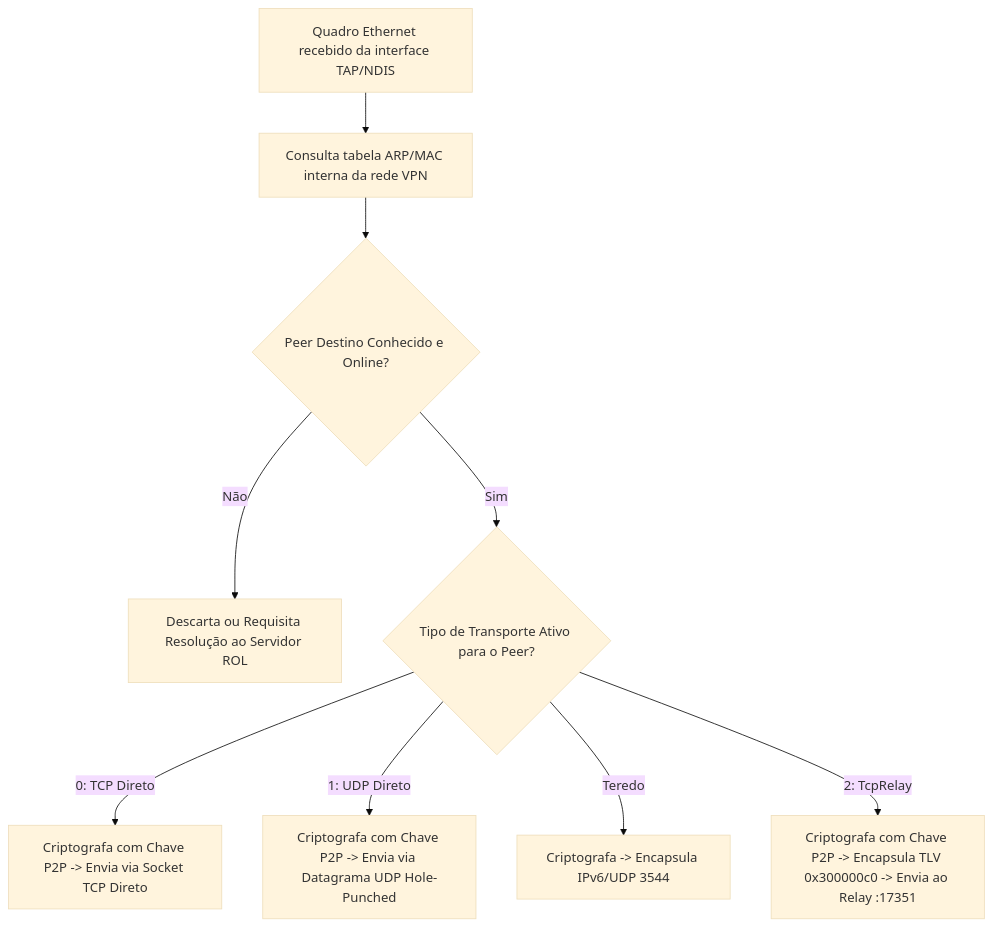
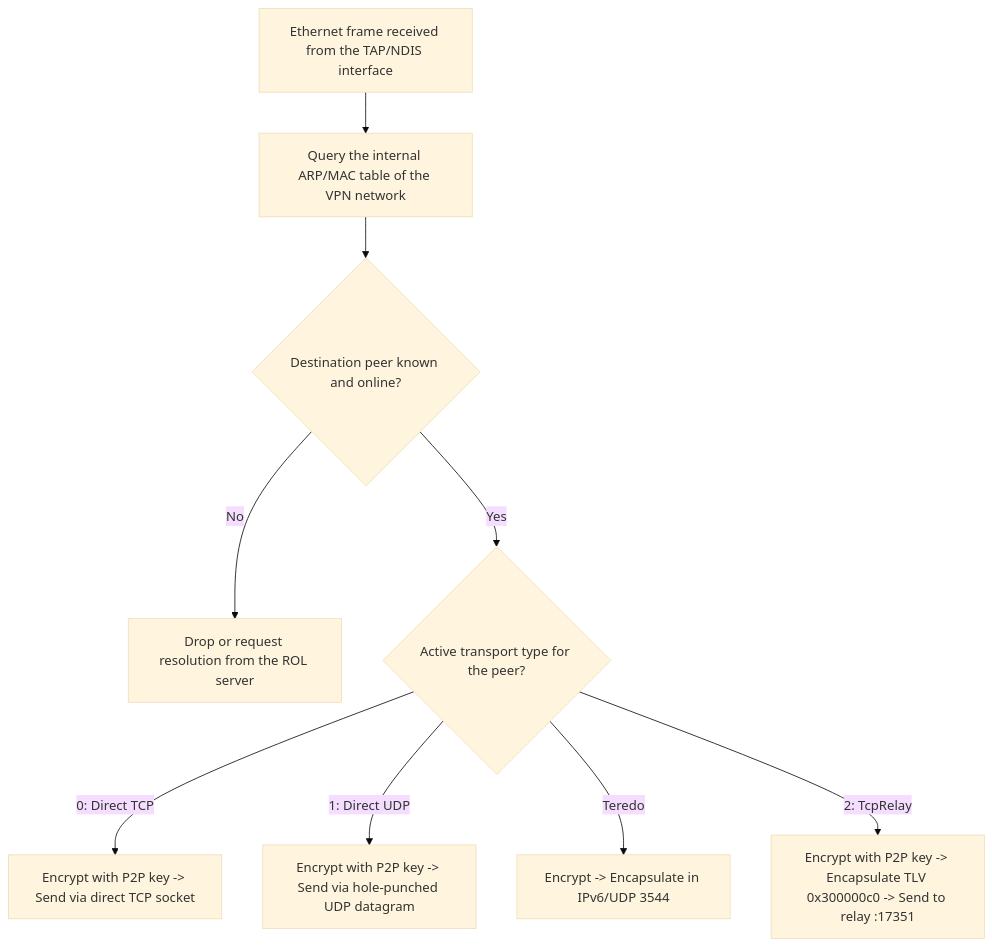
One commit to Pedrodroks34/radmin-vpn-linux-rs changed the third of 3 diagrams in docs/reverse-engineering/round-02/10-architecture.md. Above: the diagram before and after it, drawn with Mermaid (base theme). The commit also changed other lines of this file and 38 other files, not shown here.

````diff
--- a/docs/reverse-engineering/round-02/10-architecture.md
+++ b/docs/reverse-engineering/round-02/10-architecture.md
@@ -89,11 +89,11 @@
 ```mermaid
 flowchart TD
-    A["Quadro Ethernet recebido da interface TAP/NDIS"] --> B["Consulta tabela ARP/MAC interna da rede VPN"]
-    B --> C{"Peer Destino Conhecido e Online?"}
-    C -- Não --> D["Descarta ou Requisita Resolução ao Servidor ROL"]
-    C -- Sim --> E{"Tipo de Transporte Ativo para o Peer?"}
-    E -- 0: TCP Direto --> F["Criptografa com Chave P2P -> Envia via Socket TCP Direto"]
-    E -- 1: UDP Direto --> G["Criptografa com Chave P2P -> Envia via Datagrama UDP Hole-Punched"]
-    E -- Teredo --> H["Criptografa -> Encapsula IPv6/UDP 3544"]
-    E -- 2: TcpRelay --> I["Criptografa com Chave P2P -> Encapsula TLV 0x300000c0 -> Envia ao Relay :17351"]
+    A["Ethernet frame received from the TAP/NDIS interface"] --> B["Query the internal ARP/MAC table of the VPN network"]
+    B --> C{"Destination peer known and online?"}
+    C -- No --> D["Drop or request resolution from the ROL server"]
+    C -- Yes --> E{"Active transport type for the peer?"}
+    E -- 0: Direct TCP --> F["Encrypt with P2P key -> Send via direct TCP socket"]
+    E -- 1: Direct UDP --> G["Encrypt with P2P key -> Send via hole-punched UDP datagram"]
+    E -- Teredo --> H["Encrypt -> Encapsulate in IPv6/UDP 3544"]
+    E -- 2: TcpRelay --> I["Encrypt with P2P key -> Encapsulate TLV 0x300000c0 -> Send to relay :17351"]
 ```
````
